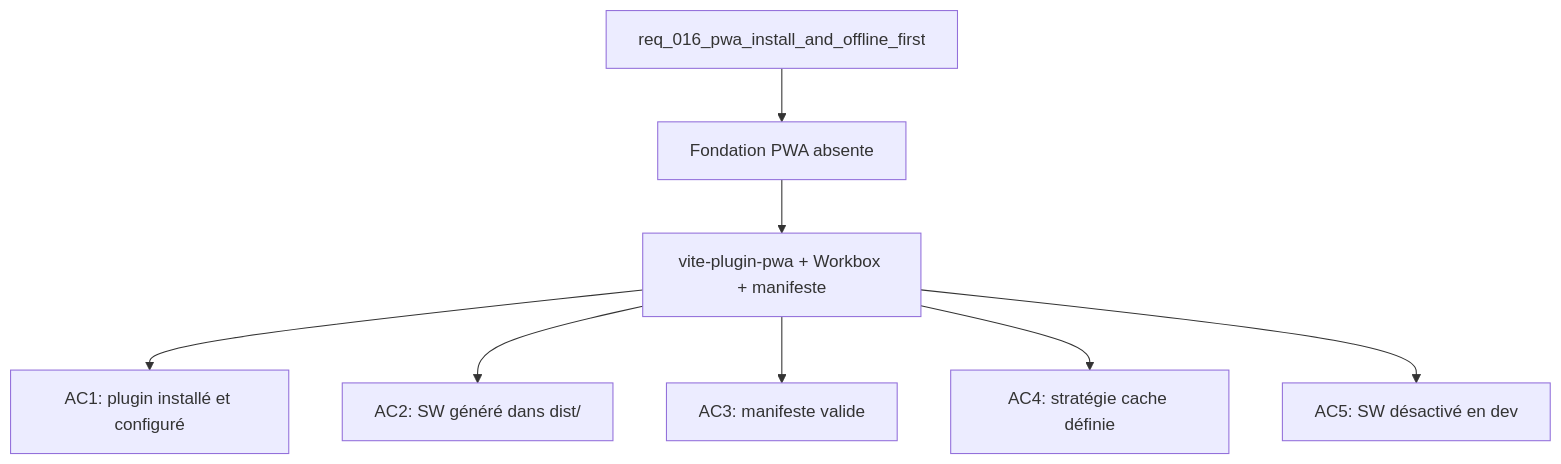
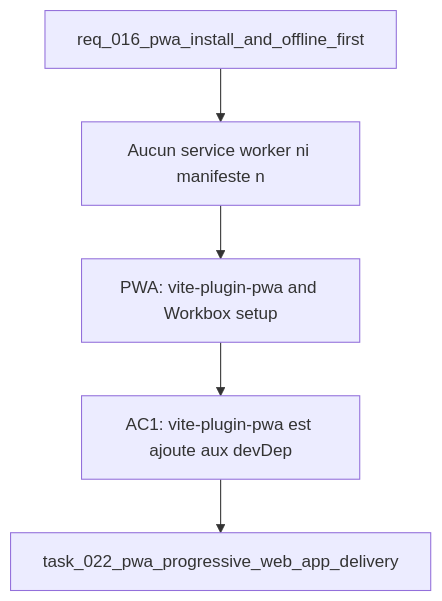
One commit to AlexAgo83/deepvault changed the diagram in logics/backlog/item_055_pwa_vite_plugin_and_workbox_setup.md. Above: the diagram before and after it, drawn with Mermaid. The commit also changed 57 other files, not shown here.

````diff
--- a/logics/backlog/item_055_pwa_vite_plugin_and_workbox_setup.md
+++ b/logics/backlog/item_055_pwa_vite_plugin_and_workbox_setup.md
@@ -20,12 +20,9 @@
 ```mermaid
 %% logics-kind: backlog
 %% logics-signature: backlog|pwa-vite-plugin-pwa-and-workbox-setup|req-016-pwa-install-and-offline-first|aucun-service-worker-ni-manifeste-n|ac1-vite-plugin-pwa-est-ajoute-aux-devde
 flowchart TD
-    Request[req_016_pwa_install_and_offline_first] --> Problem[Fondation PWA absente]
-    Problem --> Scope[vite-plugin-pwa + Workbox + manifeste]
-    Scope --> AC1[AC1: plugin installé et configuré]
-    Scope --> AC2[AC2: SW généré dans dist/]
-    Scope --> AC3[AC3: manifeste valide]
-    Scope --> AC4[AC4: stratégie cache définie]
-    Scope --> AC5[AC5: SW désactivé en dev]
+    Request[req_016_pwa_install_and_offline_first] --> Problem[Aucun service worker ni manifeste n]
+    Problem --> Scope[PWA: vite-plugin-pwa and Workbox setup]
+    Scope --> Acceptance[AC1: vite-plugin-pwa est ajoute aux devDep]
+    Acceptance --> Tasks[task_022_pwa_progressive_web_app_delivery]
 ```
````
